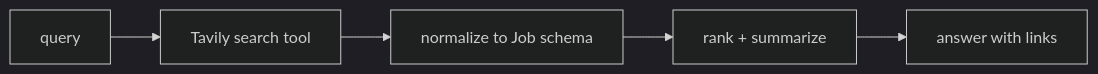
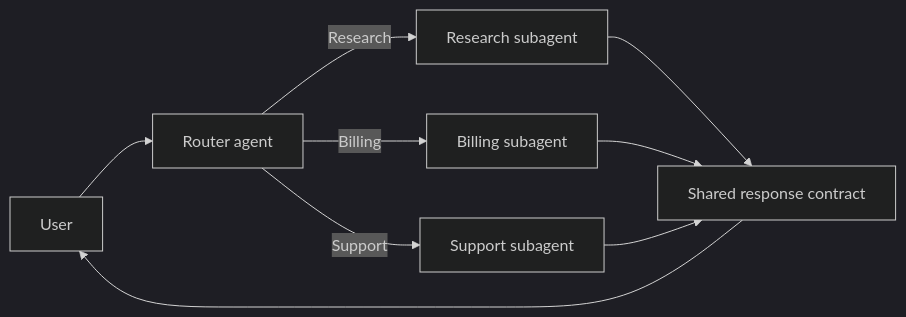
One commit to MakCoder-2004/AI-Engineering-Sheet changed the seventh of 7 diagrams in 07.LangChain_Ecosystem/LangChain/LangChain.md. Above: the diagram before and after it, drawn with Mermaid (dark theme). The commit also changed other lines of this file and 4 other files, not shown here.

````diff
--- a/07.LangChain_Ecosystem/LangChain/LangChain.md
+++ b/07.LangChain_Ecosystem/LangChain/LangChain.md
@@ -644,7 +399,11 @@
 ```mermaid
 flowchart LR
-    Q[query] --> S[Tavily search tool]
-    S --> N[normalize to Job schema]
-    N --> R[rank + summarize]
-    R --> A[answer with links]
+    U[User] --> R[Router agent]
+    R -->|Research| S[Research subagent]
+    R -->|Billing| B[Billing subagent]
+    R -->|Support| C[Support subagent]
+    S --> A[Shared response contract]
+    B --> A
+    C --> A
+    A --> U
 ```
````
